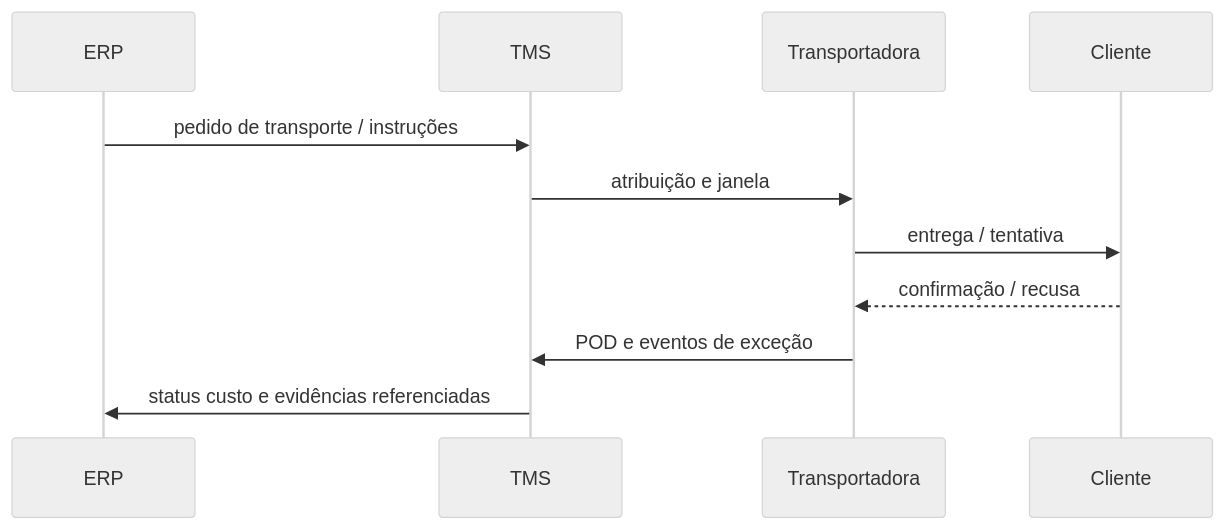
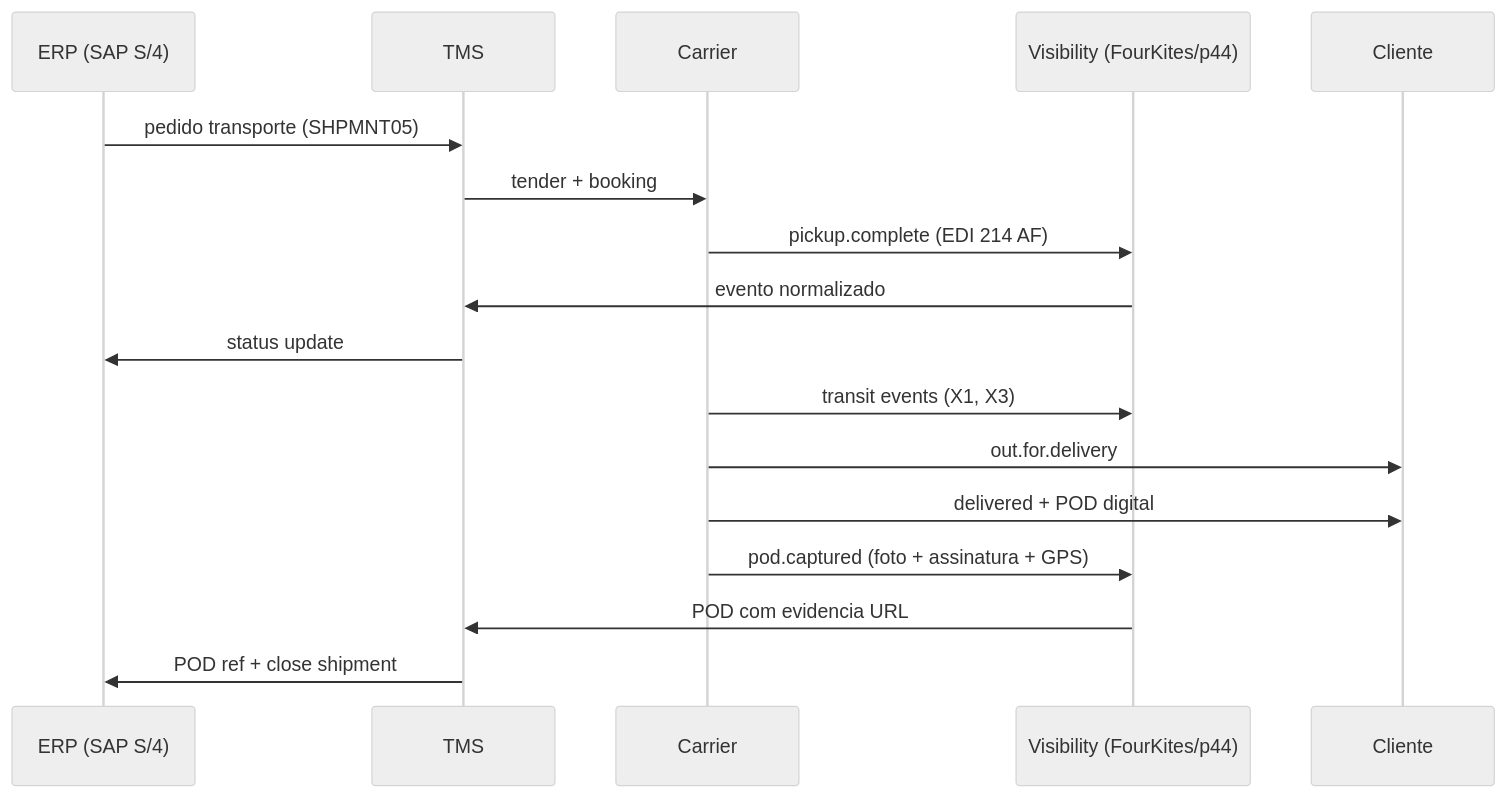
One commit to cleberhensel/logisticon-academy changed the first of 2 diagrams in aulas/trilha-tecnologia-e-sistemas/modulo-04-tms/aula-02-execucao-rastreio-pod.md. Above: the diagram before and after it, drawn with Mermaid (neutral theme). The commit also changed other lines of this file and 122 other files, not shown here.

````diff
--- a/aulas/trilha-tecnologia-e-sistemas/modulo-04-tms/aula-02-execucao-rastreio-pod.md
+++ b/aulas/trilha-tecnologia-e-sistemas/modulo-04-tms/aula-02-execucao-rastreio-pod.md
@@ -32,13 +68,19 @@
 ```mermaid
 sequenceDiagram
-  participant ERP as ERP
+  participant ERP as ERP (SAP S/4)
   participant TMS as TMS
-  participant C as Transportadora
+  participant C as Carrier
+  participant V as Visibility (FourKites/p44)
   participant Cli as Cliente
-  ERP->>TMS: pedido de transporte / instruções
-  TMS->>C: atribuição e janela
-  C->>Cli: entrega / tentativa
-  Cli-->>C: confirmação / recusa
-  C->>TMS: POD e eventos de exceção
-  TMS->>ERP: status custo e evidências referenciadas
+  ERP->>TMS: pedido transporte (SHPMNT05)
+  TMS->>C: tender + booking
+  C->>V: pickup.complete (EDI 214 AF)
+  V->>TMS: evento normalizado
+  TMS->>ERP: status update
+  C->>V: transit events (X1, X3)
+  C->>Cli: out.for.delivery
+  C->>Cli: delivered + POD digital
+  C->>V: pod.captured (foto + assinatura + GPS)
+  V->>TMS: POD com evidencia URL
+  TMS->>ERP: POD ref + close shipment
 ```
````
